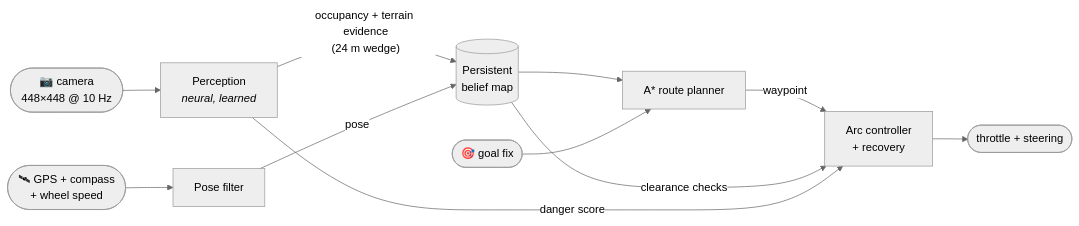
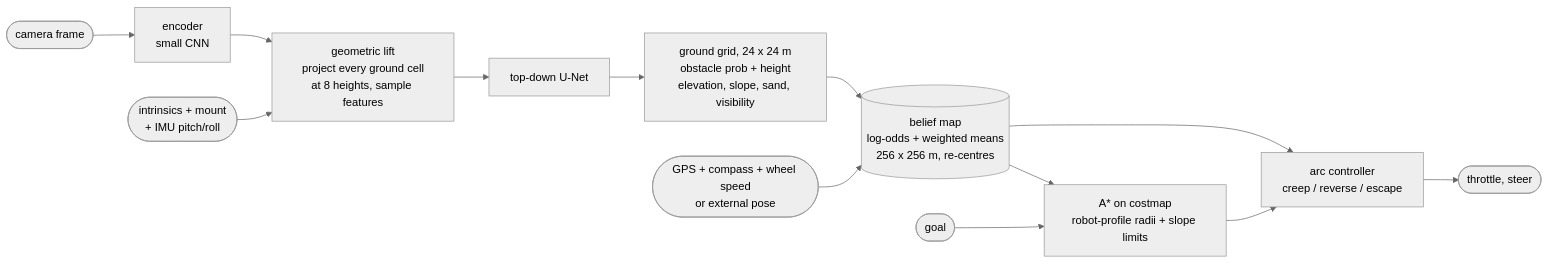
One commit to ClayJay3/DR-JEPA changed the diagram in README.md. Above: the diagram before and after it, drawn with Mermaid (neutral theme). The commit also changed other lines of this file and 7 other files, not shown here.

````diff
--- a/README.md
+++ b/README.md
@@ -21,13 +39,15 @@
 ```mermaid
 flowchart LR
-    CAM(["📷 camera<br/>448×448 @ 10 Hz"]) --> P["Perception<br/><i>neural, learned</i>"]
-    GPS(["🛰 GPS + compass<br/>+ wheel speed"]) --> PF["Pose filter"]
-    P -- "occupancy + terrain evidence<br/>(24 m wedge)" --> M[("Persistent<br/>belief map")]
-    PF -- "pose" --> M
-    M --> PLAN["A* route planner"]
-    GOAL(["🎯 goal fix"]) --> PLAN
-    PLAN -- "waypoint" --> CTRL["Arc controller<br/>+ recovery"]
-    M -- "clearance checks" --> CTRL
-    P -- "danger score" --> CTRL
-    CTRL --> OUT(["throttle + steering"])
+    CAM(["camera frame"]) --> ENC["encoder<br/>small CNN"]
+    K(["intrinsics + mount<br/>+ IMU pitch/roll"]) --> LIFT
+    ENC --> LIFT["geometric lift<br/>project every ground cell<br/>at 8 heights, sample features"]
+    LIFT --> BEV["top-down U-Net"]
+    BEV --> G["ground grid, 24 x 24 m<br/>obstacle prob + height<br/>elevation, slope, sand, visibility"]
+    G --> MAP[("belief map<br/>log-odds + weighted means<br/>256 x 256 m, re-centres")]
+    POSE(["GPS + compass + wheel speed<br/>or external pose"]) --> MAP
+    MAP --> PLAN["A* on costmap<br/>robot-profile radii + slope limits"]
+    GOAL(["goal"]) --> PLAN
+    PLAN --> CTRL["arc controller<br/>creep / reverse / escape"]
+    MAP --> CTRL
+    CTRL --> OUT(["throttle, steer"])
 ```
````
